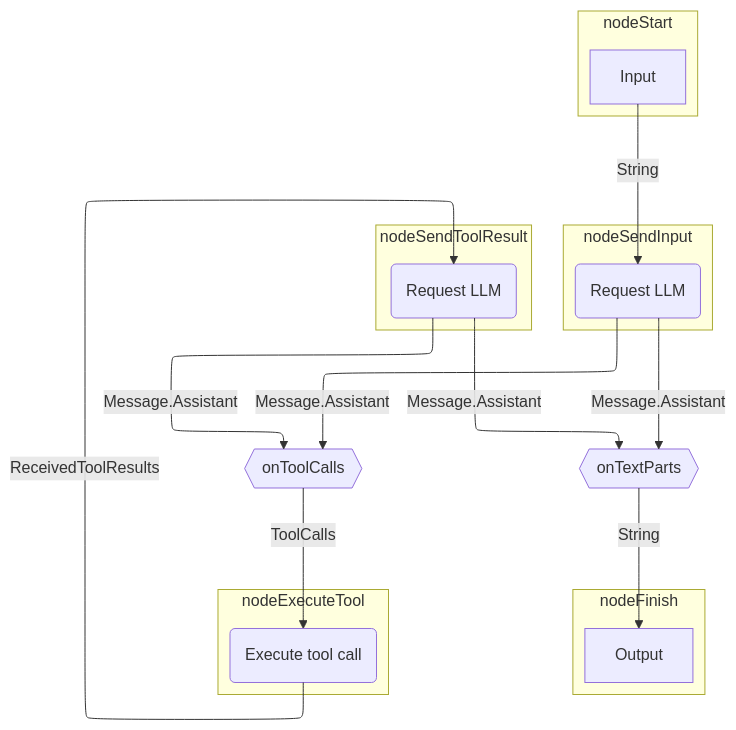
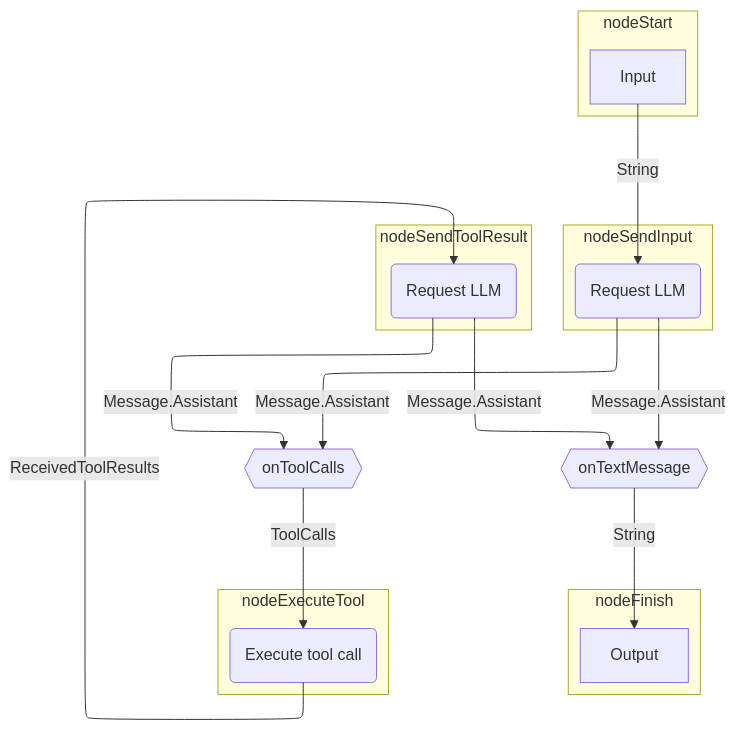
One commit to JetBrains/koog changed the first of 2 diagrams in docs/docs/agents/graph-based-agents.md. Above: the diagram before and after it, drawn with Mermaid. The commit also changed other lines of this file and 31 other files, not shown here.

````diff
--- a/docs/docs/agents/graph-based-agents.md
+++ b/docs/docs/agents/graph-based-agents.md
@@ -31,35 +31,35 @@
 ```mermaid
 ---
 config:
   flowchart:
     defaultRenderer: "elk"
 ---
 graph TB
     subgraph nodeStart
         Input
     end
     
     subgraph nodeFinish
         Output
     end
     
     subgraph nodeSendInput
         llmRequest(Request LLM)
     end
     
     subgraph nodeExecuteTool
         executeTool(Execute tool call)
     end
     
     subgraph nodeSendToolResult
         sendToolResult(Request LLM)
     end
     
     Input --String--> llmRequest
     llmRequest --Message.Assistant--> onToolCalls{{onToolCalls}}
-    llmRequest --Message.Assistant--> onTextParts{{onTextParts}}
-    onTextParts --String--> Output
+    llmRequest --Message.Assistant--> onTextMessage{{onTextMessage}}
+    onTextMessage --String--> Output
     onToolCalls --ToolCalls--> executeTool --ReceivedToolResults--> sendToolResult
     sendToolResult --Message.Assistant--> onToolCalls
-    sendToolResult --Message.Assistant--> onTextParts
+    sendToolResult --Message.Assistant--> onTextMessage
 ```
````
